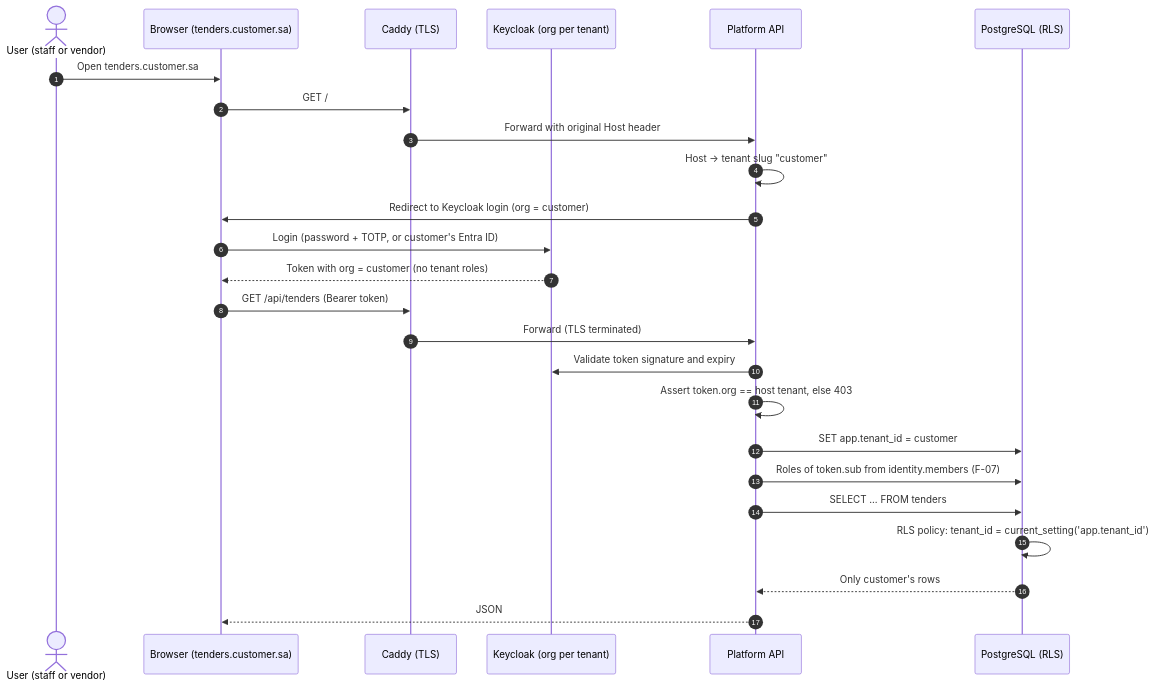
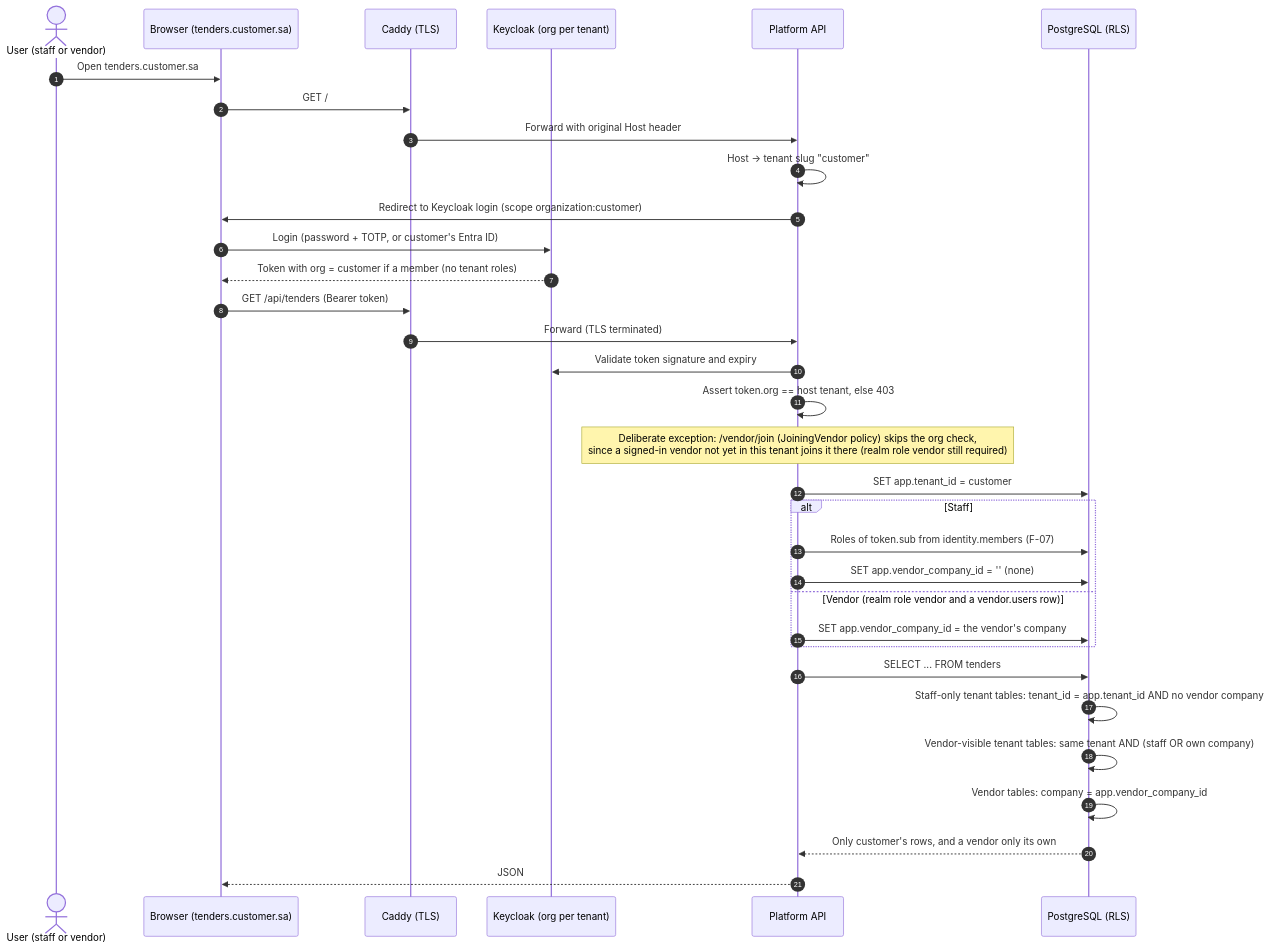
The fifth of 13 diagrams in docs/03-diagrams.md (AhmedAssaf/ERP), drawn with Mermaid before and after one commit. The commit also changed other lines of this file and 211 other files, not shown here.

````diff
--- a/docs/03-diagrams.md
+++ b/docs/03-diagrams.md
@@ -167,28 +167,36 @@
 ```mermaid
 sequenceDiagram
     autonumber
     actor U as User (staff or vendor)
     participant B as Browser (tenders.customer.sa)
     participant GW as Caddy (TLS)
     participant KC as Keycloak (org per tenant)
     participant API as Platform API
     participant DB as PostgreSQL (RLS)
 
     U->>B: Open tenders.customer.sa
     B->>GW: GET /
     GW->>API: Forward with original Host header
     API->>API: Host -> tenant slug "customer"
-    API->>B: Redirect to Keycloak login (org = customer)
+    API->>B: Redirect to Keycloak login (scope organization:customer)
     B->>KC: Login (password + TOTP, or customer's Entra ID)
-    KC-->>B: Token with org = customer (no tenant roles)
+    KC-->>B: Token with org = customer if a member (no tenant roles)
     B->>GW: GET /api/tenders (Bearer token)
     GW->>API: Forward (TLS terminated)
     API->>KC: Validate token signature and expiry
     API->>API: Assert token.org == host tenant, else 403
+    Note over API: Deliberate exception: /vendor/join (JoiningVendor policy) skips the org check,<br/>since a signed-in vendor not yet in this tenant joins it there (realm role vendor still required)
     API->>DB: SET app.tenant_id = customer
-    API->>DB: Roles of token.sub from identity.members (F-07)
+    alt Staff
+        API->>DB: Roles of token.sub from identity.members (F-07)
+        API->>DB: SET app.vendor_company_id = '' (none)
+    else Vendor (realm role vendor and a vendor.users row)
+        API->>DB: SET app.vendor_company_id = the vendor's company
+    end
     API->>DB: SELECT ... FROM tenders
-    DB->>DB: RLS policy: tenant_id = current_setting('app.tenant_id')
-    DB-->>API: Only customer's rows
+    DB->>DB: Staff-only tenant tables: tenant_id = app.tenant_id AND no vendor company
+    DB->>DB: Vendor-visible tenant tables: same tenant AND (staff OR own company)
+    DB->>DB: Vendor tables: company = app.vendor_company_id
+    DB-->>API: Only customer's rows, and a vendor only its own
     API-->>B: JSON
 ```
````
